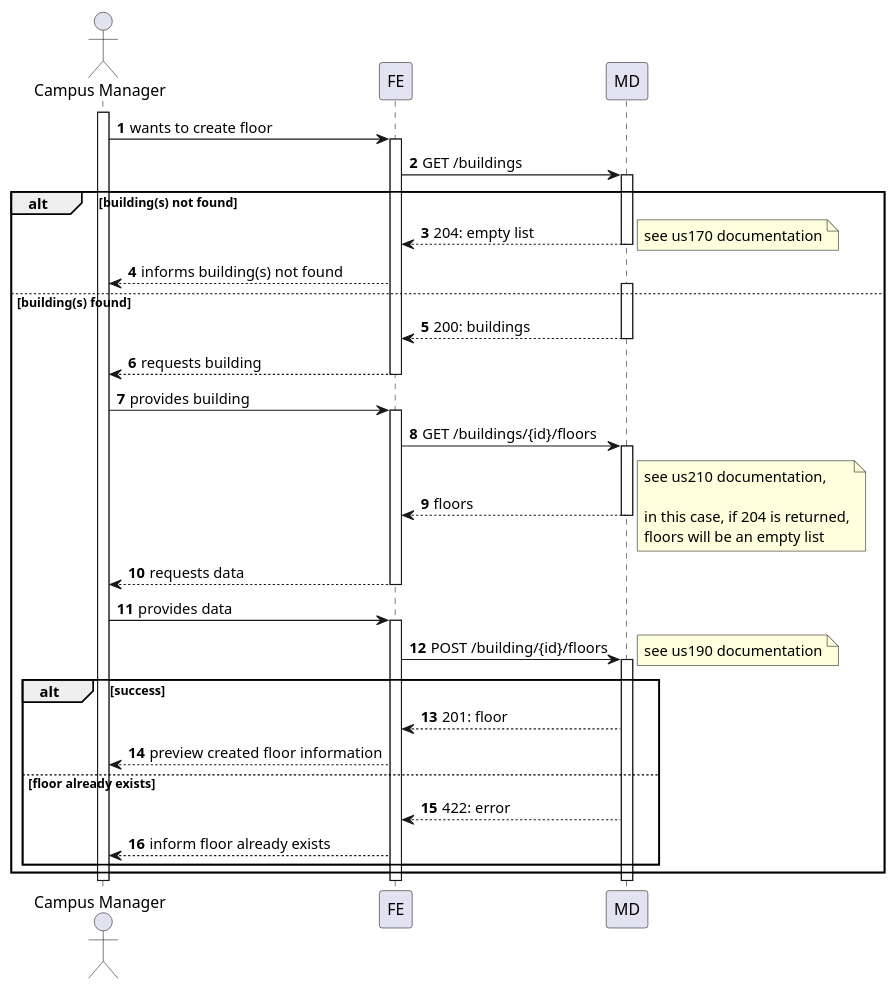
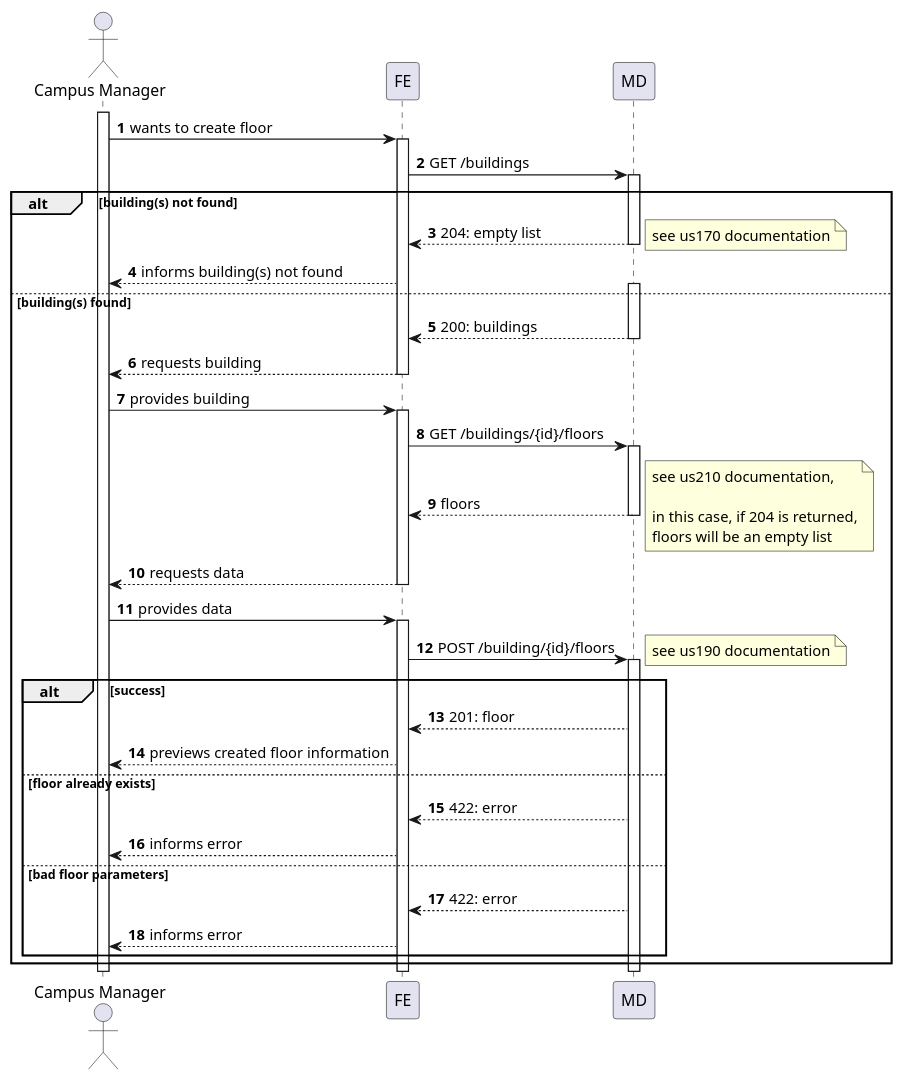
The diagram in docs/us1090/level2/process-view.puml (Departamento-de-Engenharia-Informatica/lapr5-23-24-g19), drawn with PlantUML before and after one commit. The commit also changed 3 other files, not shown here.

```diff
--- a/docs/us1090/level2/process-view.puml
+++ b/docs/us1090/level2/process-view.puml
@@ -1,53 +1,56 @@
 @startuml
 autonumber
 
 actor "Campus Manager" as usr
 
 participant "FE" as ui
 
 participant "MD" as md
 
 activate usr
 usr -> ui : wants to create floor
     activate ui
         ui -> md : GET /buildings
         alt building(s) not found
             activate md
                 md --> ui : 204: empty list
                 note right : see us170 documentation
             deactivate md
             ui --> usr : informs building(s) not found
         else building(s) found
             activate md
                 md --> ui : 200: buildings
             deactivate md
             ui --> usr : requests building
         deactivate ui
 
         usr -> ui : provides building
         activate ui
             ui -> md : GET /buildings/{id}/floors
             activate md
                 md --> ui : floors
                 note right : see us210 documentation,\n\nin this case, if 204 is returned,\nfloors will be an empty list
             deactivate md
             ui --> usr : requests data
         deactivate ui
 
         usr -> ui : provides data
         activate ui
             ui -> md : POST /building/{id}/floors
             activate md
             note right : see us190 documentation
                 alt success
                     md --> ui : 201: floor
-                    ui --> usr : preview created floor information
+                    ui --> usr : previews created floor information
                 else floor already exists
                     md --> ui : 422: error
-                    ui --> usr : inform floor already exists
+                    ui --> usr : informs error
+                else bad floor parameters
+                    md --> ui : 422: error
+                    ui --> usr : informs error
                 end
         end
         deactivate md
     deactivate ui
 deactivate usr
 @enduml
```
